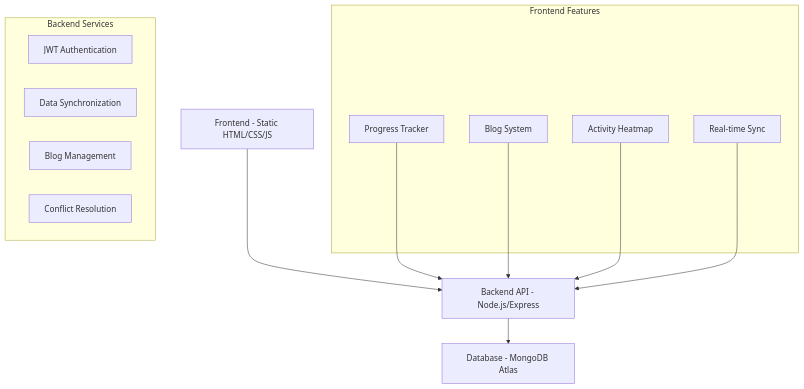
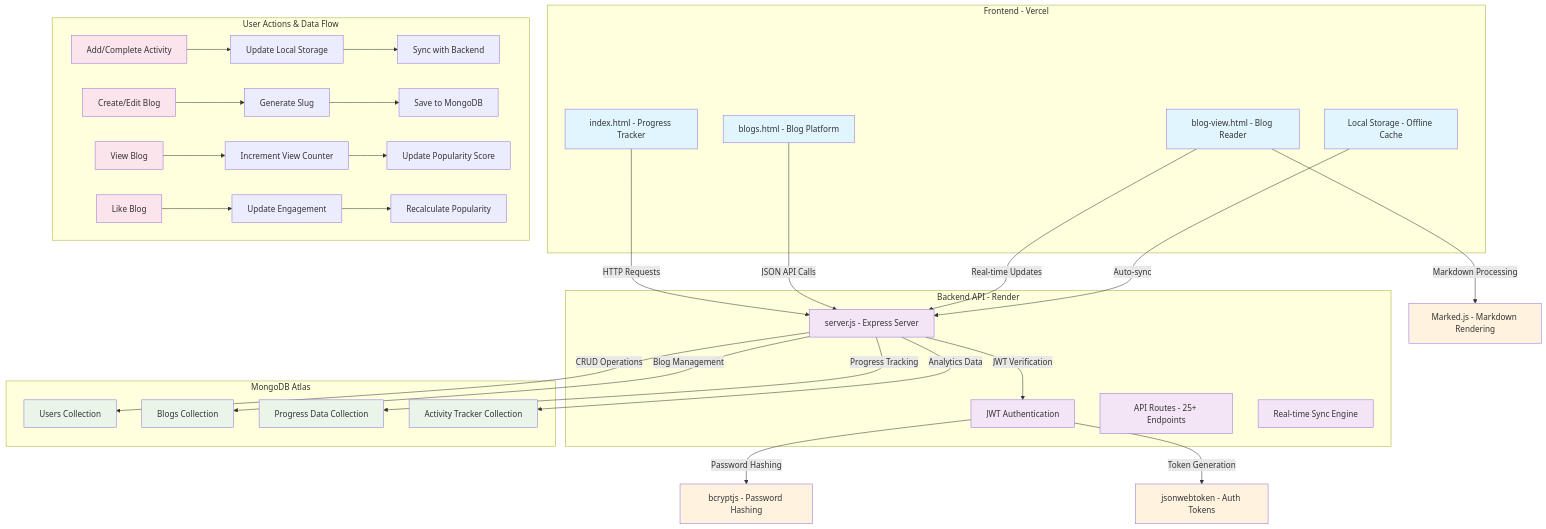
The diagram in README.md (anupam6335/Focus-Flow), drawn with Mermaid before and after one commit. The commit also changed other lines of this file, not shown here.

````diff
--- a/README.md
+++ b/README.md
@@ -100,24 +68,68 @@
 ```mermaid
 graph TB
-    A[Frontend - Static HTML/CSS/JS] --> B[Backend API - Node.js/Express]
-    B --> C[Database - MongoDB Atlas]
+    %% Frontend Components
+    subgraph Frontend [Frontend - Vercel]
+        A[index.html - Progress Tracker]
+        B[blogs.html - Blog Platform]
+        C[blog-view.html - Blog Reader]
+        D[Local Storage - Offline Cache]
+    end
+
+    %% Backend Components
+    subgraph Backend [Backend API - Render]
+        E[server.js - Express Server]
+        F[JWT Authentication]
+        G[API Routes - 25+ Endpoints]
+        H[Real-time Sync Engine]
+    end
+
+    %% Database
+    subgraph Database [MongoDB Atlas]
+        I[Users Collection]
+        J[Blogs Collection]
+        K[Progress Data Collection]
+        L[Activity Tracker Collection]
+    end
+
+    %% External Services
+    M[Marked.js - Markdown Rendering]
+    N[bcryptjs - Password Hashing]
+    O[jsonwebtoken - Auth Tokens]
+
+    %% Data Flow Connections
+    A -->|HTTP Requests| E
+    B -->|JSON API Calls| E
+    C -->|Real-time Updates| E
+    D -->|Auto-sync| E
     
-    subgraph Frontend Features
-        D[Progress Tracker]
-        E[Blog System]
-        F[Activity Heatmap]
-        G[Real-time Sync]
+    E -->|JWT Verification| F
+    E -->|CRUD Operations| I
+    E -->|Blog Management| J
+    E -->|Progress Tracking| K
+    E -->|Analytics Data| L
+    
+    F -->|Password Hashing| N
+    F -->|Token Generation| O
+    C -->|Markdown Processing| M
+
+    %% User Actions
+    subgraph UserActions [User Actions & Data Flow]
+        P[Add/Complete Activity] --> Q[Update Local Storage] --> R[Sync with Backend]
+        S[Create/Edit Blog] --> T[Generate Slug] --> U[Save to MongoDB]
+        V[View Blog] --> W[Increment View Counter] --> X[Update Popularity Score]
+        Y[Like Blog] --> Z[Update Engagement] --> AA[Recalculate Popularity]
     end
+
+    %% Style for better visualization
+    classDef frontend fill:#e1f5fe
+    classDef backend fill:#f3e5f5
+    classDef database fill:#e8f5e8
+    classDef services fill:#fff3e0
+    classDef actions fill:#fce4ec
     
-    subgraph Backend Services
-        H[JWT Authentication]
-        I[Data Synchronization]
-        J[Blog Management]
-        K[Conflict Resolution]
-    end
-    
-    D --> B
-    E --> B
-    F --> B
-    G --> B
+    class A,B,C,D frontend
+    class E,F,G,H backend
+    class I,J,K,L database
+    class M,N,O services
+    class P,S,V,Y actions
 ```
````
